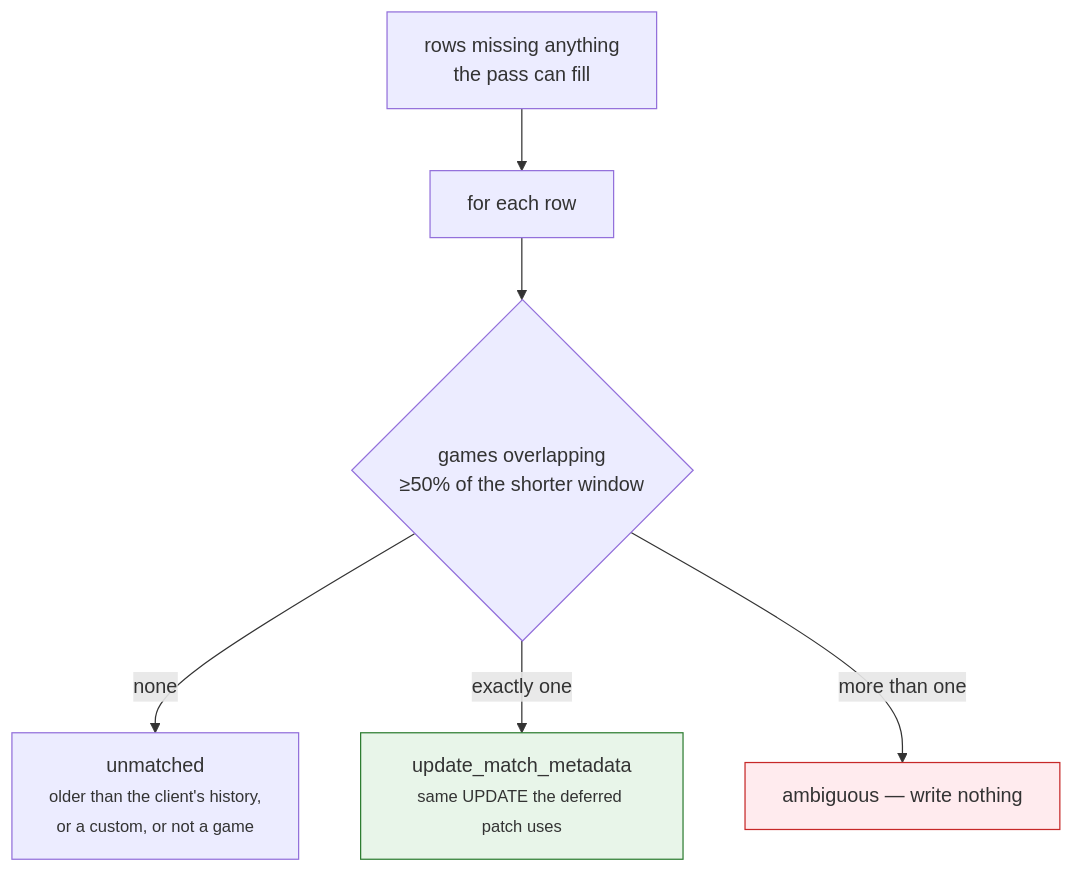
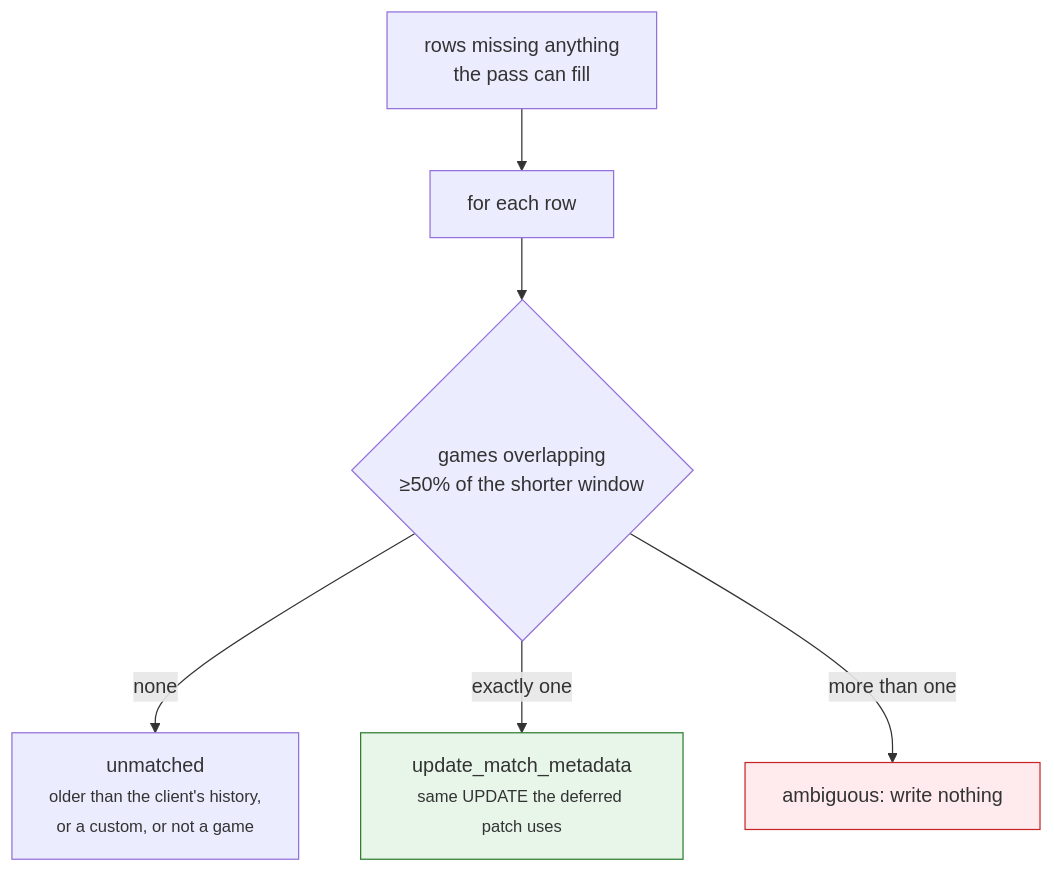
The eighth of 8 diagrams in docs/recording-pipeline.md (NinjaGoldfinch/ninja-recorder), drawn with Mermaid before and after one commit. The commit also changed other lines of this file and 19 other files, not shown here.

````diff
--- a/docs/recording-pipeline.md
+++ b/docs/recording-pipeline.md
@@ -665,10 +663,10 @@
 ```mermaid
 flowchart TD
     START["rows missing anything<br/>the pass can fill"] --> EACH[for each row]
     EACH --> OVER{"games overlapping<br/>≥50% of the shorter window"}
     OVER -->|none| SKIP["unmatched<br/><small>older than the client's history,<br/>or a custom, or not a game</small>"]
     OVER -->|exactly one| PATCH["update_match_metadata<br/><small>same UPDATE the deferred patch uses</small>"]
-    OVER -->|more than one| REFUSE["ambiguous — write nothing"]
+    OVER -->|more than one| REFUSE["ambiguous: write nothing"]
     style REFUSE fill:#ffebee,stroke:#c62828
     style PATCH fill:#e8f5e9,stroke:#2e7d32
 ```
````
